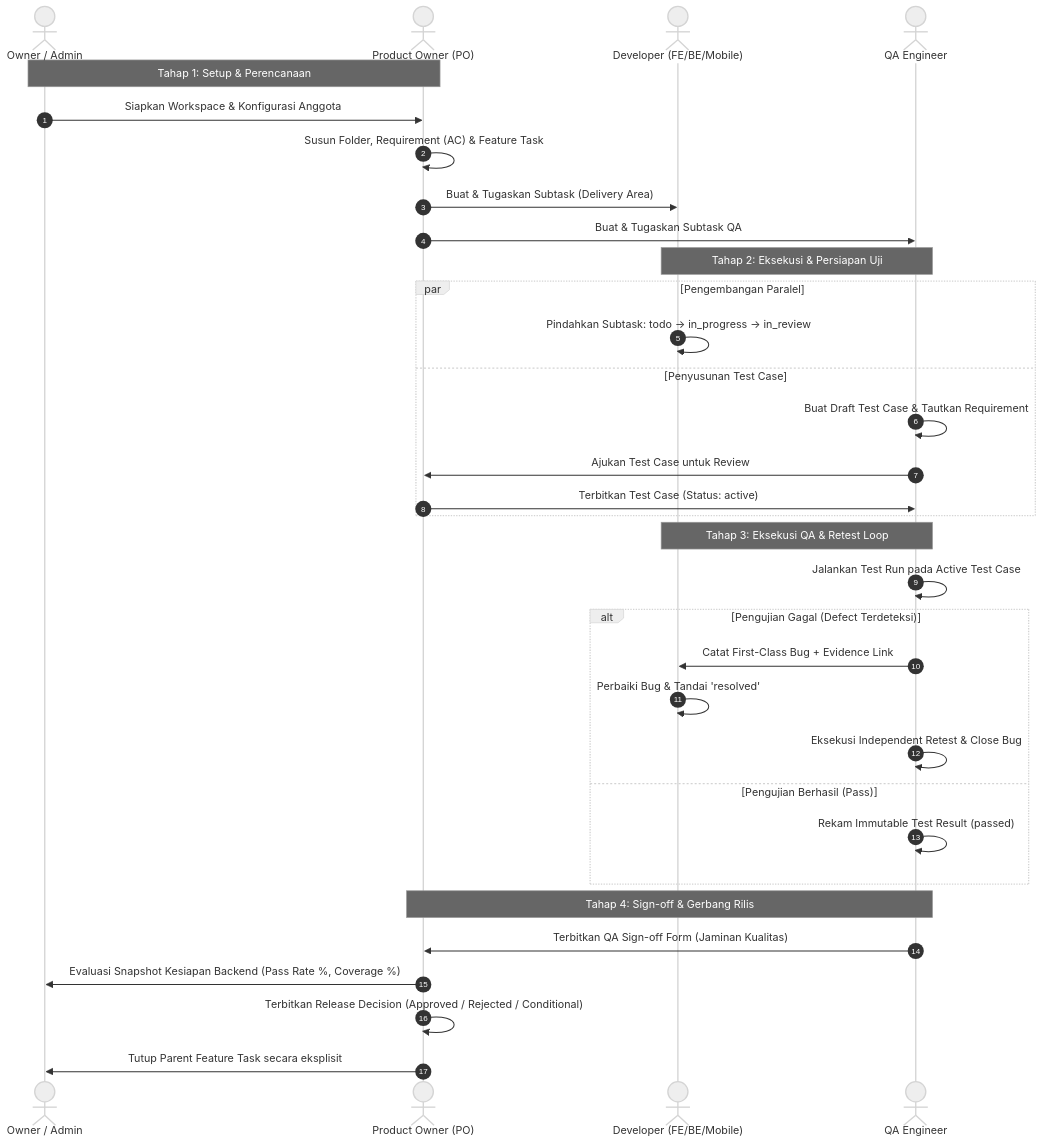
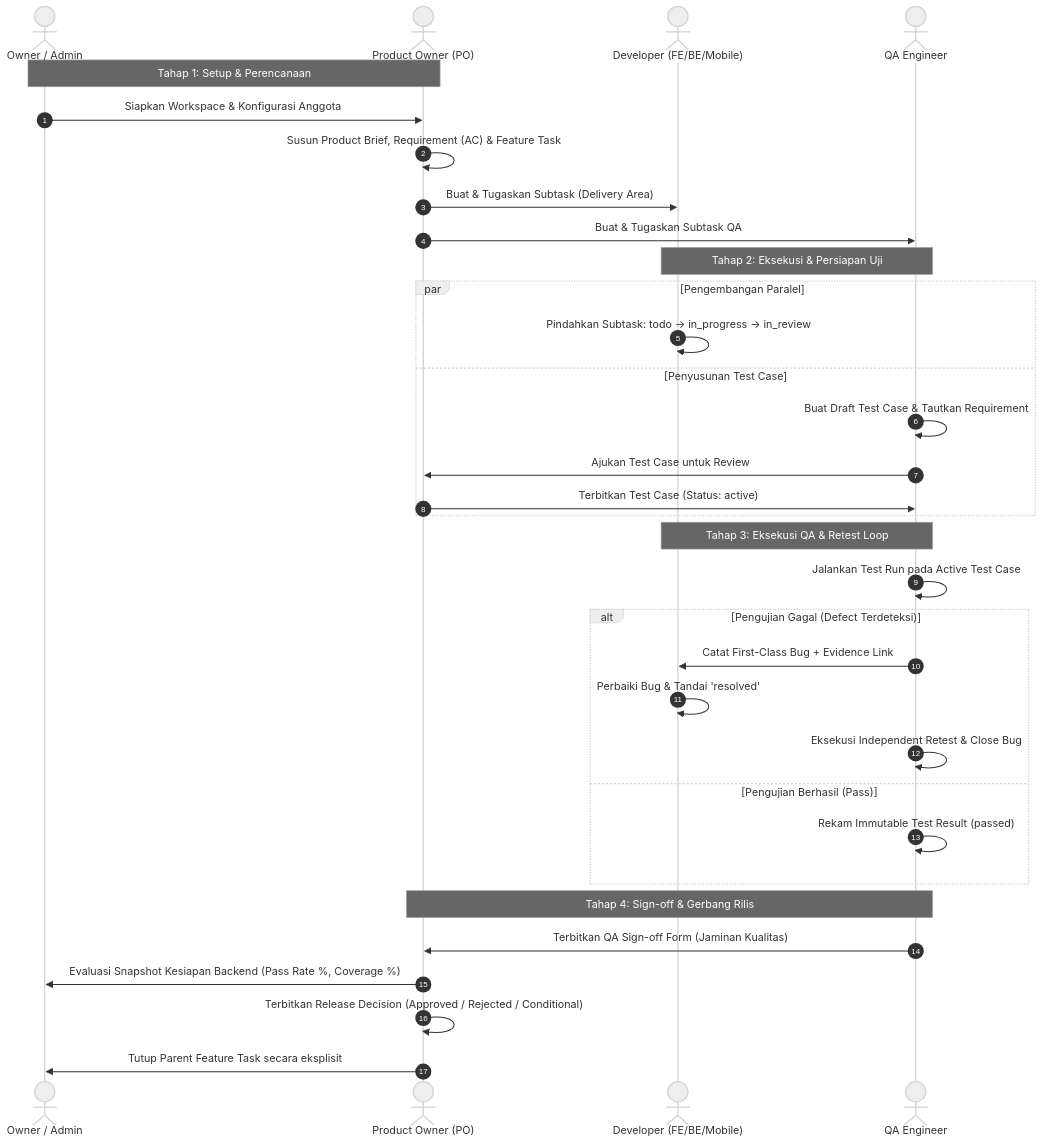
The first of 8 diagrams in docs/2_WORKFLOW_AND_ROLES.md (oneilreyand/qlickhub), drawn with Mermaid (neutral theme) before and after one commit. The commit also changed other lines of this file and 93 other files, not shown here.

````diff
--- a/docs/2_WORKFLOW_AND_ROLES.md
+++ b/docs/2_WORKFLOW_AND_ROLES.md
@@ -12,39 +12,39 @@
 ```mermaid
 sequenceDiagram
     autonumber
     actor Owner as Owner / Admin
     actor PO as Product Owner (PO)
     actor Dev as Developer (FE/BE/Mobile)
     actor QA as QA Engineer
 
     Note over Owner,PO: Tahap 1: Setup & Perencanaan
     Owner->>PO: Siapkan Workspace & Konfigurasi Anggota
-    PO->>PO: Susun Folder, Requirement (AC) & Feature Task
+    PO->>PO: Susun Product Brief, Requirement (AC) & Feature Task
     PO->>Dev: Buat & Tugaskan Subtask (Delivery Area)
     PO->>QA: Buat & Tugaskan Subtask QA
 
     Note over Dev,QA: Tahap 2: Eksekusi & Persiapan Uji
     par Pengembangan Paralel
         Dev->>Dev: Pindahkan Subtask: todo → in_progress → in_review
     and Penyusunan Test Case
         QA->>QA: Buat Draft Test Case & Tautkan Requirement
         QA->>PO: Ajukan Test Case untuk Review
         PO->>QA: Terbitkan Test Case (Status: active)
     end
 
     Note over Dev,QA: Tahap 3: Eksekusi QA & Retest Loop
     QA->>QA: Jalankan Test Run pada Active Test Case
     alt Pengujian Gagal (Defect Terdeteksi)
         QA->>Dev: Catat First-Class Bug + Evidence Link
         Dev->>Dev: Perbaiki Bug & Tandai 'resolved'
         QA->>QA: Eksekusi Independent Retest & Close Bug
     else Pengujian Berhasil (Pass)
         QA->>QA: Rekam Immutable Test Result (passed)
     end
 
     Note over PO,QA: Tahap 4: Sign-off & Gerbang Rilis
     QA->>PO: Terbitkan QA Sign-off Form (Jaminan Kualitas)
     PO->>Owner: Evaluasi Snapshot Kesiapan Backend (Pass Rate %, Coverage %)
     PO->>PO: Terbitkan Release Decision (Approved / Rejected / Conditional)
     PO->>Owner: Tutup Parent Feature Task secara eksplisit
 ```
````
